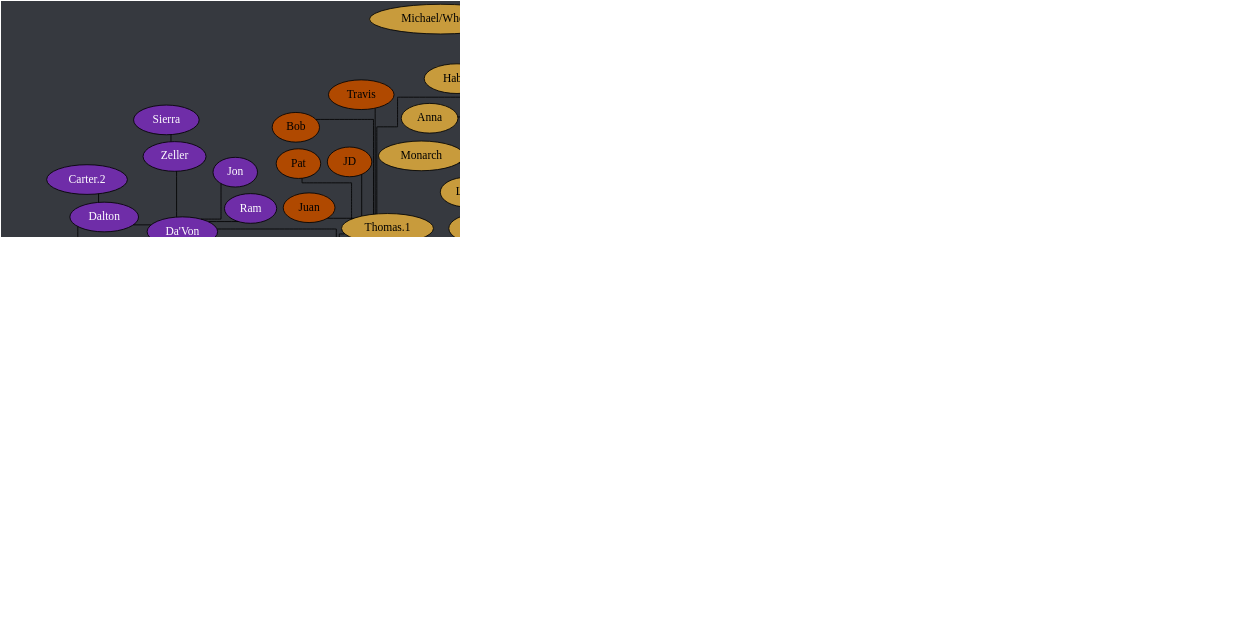
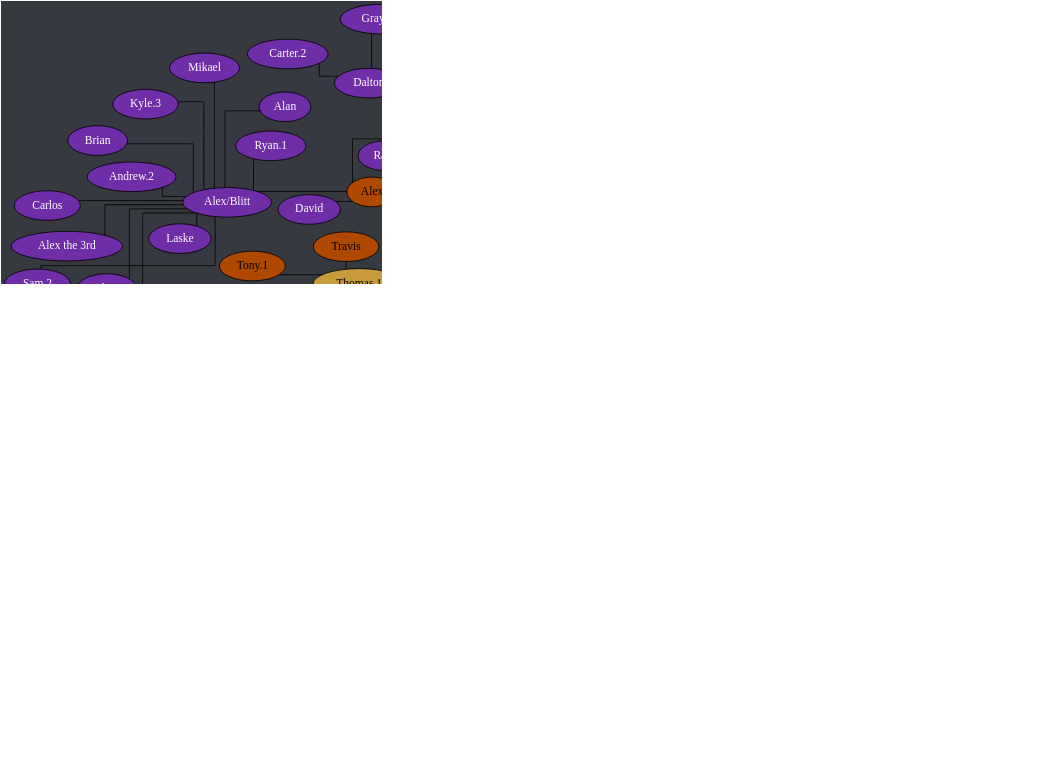
Before and after one commit to Documidas/CoronaCatzFamilyTree: the diagram in tree.dot, drawn with Graphviz. The commit also changed 1 other file, not shown here.

```diff
--- a/tree.dot
+++ b/tree.dot
@@ -1,190 +1,191 @@
 strict graph {
 	// Layout Configuration
 	layout = neato;
 	dpi = 200;
 	epsilon = 0.01;
 	mode = major;
 	model = subset;
 	overlap = false;
 	splines = ortho;
 	start = rand;
 
 	// Visual Configuration
 	graph [ truecolor=true bgcolor="#36393f" ];
 	node [ style=filled fillcolor="gray" fontcolor="black" ];
 
 	subgraph "Joel" {
 		node [ style=filled fillcolor="firebrick4" fontcolor="white" ];
 		Joel [ style=filled fillcolor="gold" fontcolor="black" ];
 
 		Cayla -- Ali;
 		Cayla -- Jonathan;
 		Cayla -- Kate;
 		Cayla -- Nick;
 		Cayla -- Ranger;
 		Joel -- Anders;
 		Joel -- Cayla;
 		Joel -- Conner;
 		Joel -- Jared;
 		Joel -- Kat;
 		Joel -- Patrick;
 		Joel -- Steven;
 	}
 
 	subgraph "Anders" {
 		node [ style=filled fillcolor="green4" fontcolor="white" ];
 		// Anders [ style=filled fillcolor="green4" fontcolor="white" ];
 
 		Anders -- Chiara;
 		Anders -- Cody;
 		Anders -- Cole;
 		Anders -- Daniel;
 		Anders -- Derek;
 		Anders -- DJ;
 		Anders -- Hahnur;
 		Anders -- Jen;
 		Anders -- "Matt.2";
 		Anders -- Solis;
 		Anders -- Will;
 		Anders -- Wyatt;
 		Anders -- Zach;
 		Anders -- Zack;
 	}
 
 	subgraph "Jared" {
 		node [ style=filled fillcolor="royalblue" fontcolor="black" ];
 		// Jared [ style=filled fillcolor="royalblue" fontcolor="black" ];
 
 		"Andrew.1" -- Hannah;
 		"Brian.1" -- Nebtune;
 		"Carter-1.0" -- Tom;
 		Donnie -- Bianca;
 		Donnie -- "Brian.1";
 		Donnie -- Troy;
 		Greg -- "Andrew.1";
 		Greg -- "Carter-1.0";
 		Greg -- Ina;
 		Greg -- "John Boi";
 		Greg -- Tails;
 		Greg -- Tanyon;
 		Hannah -- Raana;
 		Jared -- Brandi;
 		Jared -- Dave;
 		Jared -- Donnie;
 		Jared -- Fabi;
 		Jared -- "Jack.2";
 		Jared -- Kamon;
 		Jared -- Greg;
 		Jared -- Isabelle;
 		Jared -- Mason;
 		Jared -- "Matt.1";
 		Jared -- Mehmet;
 		Jared -- Nam;
 		Jared -- Pixie;
 		Jared -- Shannon;
 		Jared -- Spencer;
 		Jared -- Tommy;
 		Jared -- Tyler;
 		Jared -- "Zach/Laniakea";
 		Jared -- Zoe;
 		"John Boi" -- Hardie;
 		Tommy -- Danny;
 		Troy -- Drake;
+		Tyler -- Aly;
 		Tyler -- "Bryan.2";
 		Tyler -- Gaby;
 		Zoe -- Brandon;
 	}
 
 	subgraph "Zach/Laniakea" {
 		node [ style=filled fillcolor="#4eff2c" fontcolor="black" ];
 		// "Zach/Laniakea" [ style=filled fillcolor="#4eff2c" fontcolor="black" ];
 
 		"Caio.2" -- "Kyle.1";
 		"Caio.2" -- Lucas;
 		"Ryan/Des" -- Marcus;
 		"Ryan/Wenger" -- Gracie;
 		"Zach/Laniakea" -- Allen;
 		"Zach/Laniakea" -- "Caio.2";
 		"Zach/Laniakea" -- John;
 		"Zach/Laniakea" -- Logan;
 		"Zach/Laniakea" -- Kevin;
 		"Zach/Laniakea" -- "Kyle.0";
 		"Zach/Laniakea" -- Mike;
 		"Zach/Laniakea" -- "Ryan/Des";
 		"Zach/Laniakea" -- "Ryan/Wenger";
 	}
 
 	subgraph "John" {
 		node [ style=filled fillcolor="#c89b3c" fontcolor="black" ];
 		// John [ style=filled fillcolor="#c89b3c" fontcolor="black" ];
 
 		John -- Anna;
 		John -- Emily;
 		John -- Haber;
 		John -- Jay;
 		John -- "Jack.1";
 		John -- Lara;
 		John -- Monarch;
 		John -- Rakib;
 		John -- "Thomas.1";
 		Rakib -- Hazel;
 	}
 
 	subgraph "John-stream" {
 		// node [ style=filled fillcolor="#9147ff" fontcolor="black" ];
 		node [ style=filled fillcolor="#c89b3c" fontcolor="black" ];
 
 		John -- "Michael/Wheezy";
 	}
 
 	subgraph "Thomas.1" {
 		node [ style=filled fillcolor="#b04900" fontcolor="black" ];
 		// "Thomas.1" [ style=filled fillcolor="#b04900" fontcolor="black" ];
 
 		"Thomas.1" -- Ahmeed;
 		"Thomas.1" -- Alex;
 		"Thomas.1" -- Bob;
 		"Thomas.1" -- Dre;
 		"Thomas.1" -- JD;
 		"Thomas.1" -- Josh;
 		"Thomas.1" -- Juan;
 		"Thomas.1" -- Pat;
 		"Thomas.1" -- Taylor;
 		"Thomas.1" -- "Thomas.2";
 		"Thomas.1" -- "Tony.1";
 		"Thomas.1" -- "Tony.2";
 		"Thomas.1" -- Travis;
 	}
 
 	subgraph "Alex" {
 		node [ style=filled fillcolor="#6f2da8" fontcolor="white" ];
 		// Alex [ style=filled fillcolor="#6f2da8" fontcolor="black" ];
 
 		Alex -- "Alex/Blitt";
 		Alex -- "Da'Von";
 		Alex -- David;
 		Alex -- Sam;
 		"Alex/Blitt" -- Alan;
 		"Alex/Blitt" -- "Alex the 3rd";
 		"Alex/Blitt" -- "Andrew.2";
 		"Alex/Blitt" -- Brian;
 		"Alex/Blitt" -- Carlos;
 		"Alex/Blitt" -- Chris;
 		"Alex/Blitt" -- Gabriel;
 		"Alex/Blitt" -- "Kyle.3";
 		"Alex/Blitt" -- Laske;
 		"Alex/Blitt" -- Mikael;
 		"Alex/Blitt" -- "Ryan.1";
 		"Alex/Blitt" -- "Sam.2";
 		"Da'Von" -- "Andrew/Spook";
 		"Da'Von" -- Dalton;
 		"Da'Von" -- Jon;
 		"Da'Von" -- Karma;
 		"Da'Von" -- Ram;
 		"Da'Von" -- Zeller;
 		Dalton -- "Carter.2";
 		Dalton -- Graysen;
 		Gabriel -- "Ryan.2";
 		Zeller -- Sierra;
 	}
 }
```
